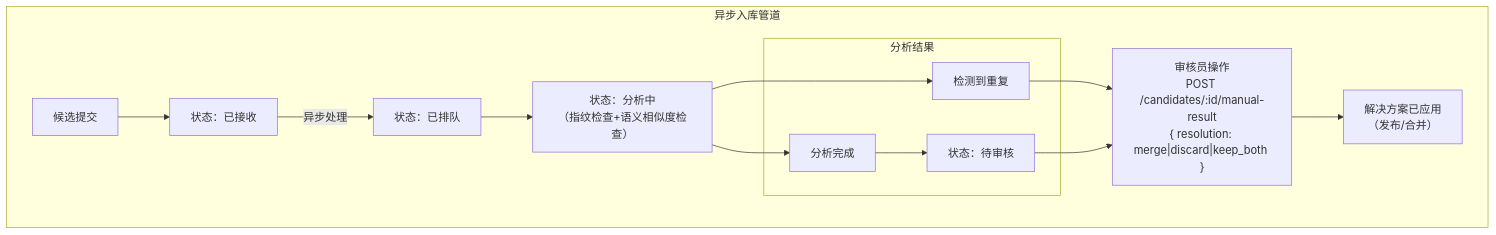
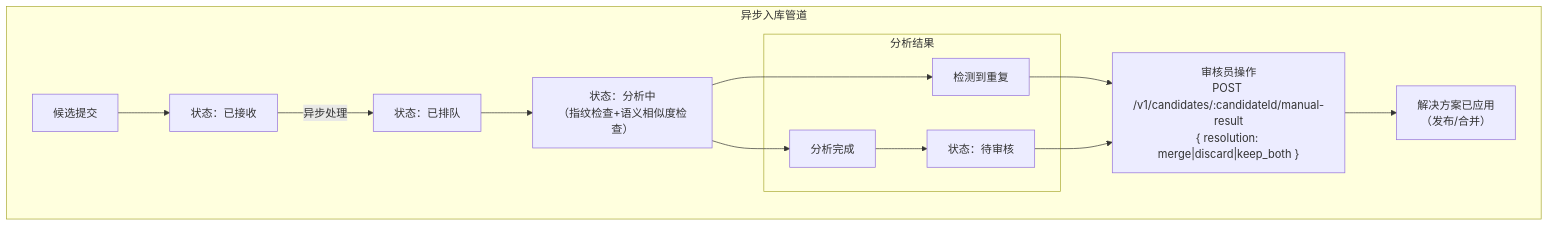
One commit to pofossette/TrapMap-for-vibing changed the sixth of 8 diagrams in docs/architecture/ARCHITECTURE.md. Above: the diagram before and after it, drawn with Mermaid. The commit also changed other lines of this file and 18 other files, not shown here.

````diff
--- a/docs/architecture/ARCHITECTURE.md
+++ b/docs/architecture/ARCHITECTURE.md
@@ -318,28 +318,28 @@
 ```mermaid
 flowchart TB
     subgraph 异步入库["异步入库管道"]
         候选提交["候选提交"]
         已接收["状态：已接收"]
         已排队["状态：已排队"]
         分析中["状态：分析中\n（指纹检查+语义相似度检查）"]
         
         subgraph 分析结果["分析结果"]
             检测到重复["检测到重复"]
             分析完成["分析完成"]
             待审核["状态：待审核"]
         end
         
-        审核员操作["审核员操作\nPOST /candidates/:id/manual-result\n{ resolution: merge|discard|keep_both }"]
+        审核员操作["审核员操作\nPOST /v1/candidates/:candidateId/manual-result\n{ resolution: merge|discard|keep_both }"]
         解决方案["解决方案已应用\n（发布/合并）"]
     end
 
     候选提交 --> 已接收
     已接收 -->|异步处理| 已排队
     已排队 --> 分析中
     分析中 --> 检测到重复
     分析中 --> 分析完成
     分析完成 --> 待审核
     检测到重复 --> 审核员操作
     待审核 --> 审核员操作
     审核员操作 --> 解决方案
 ```
````
